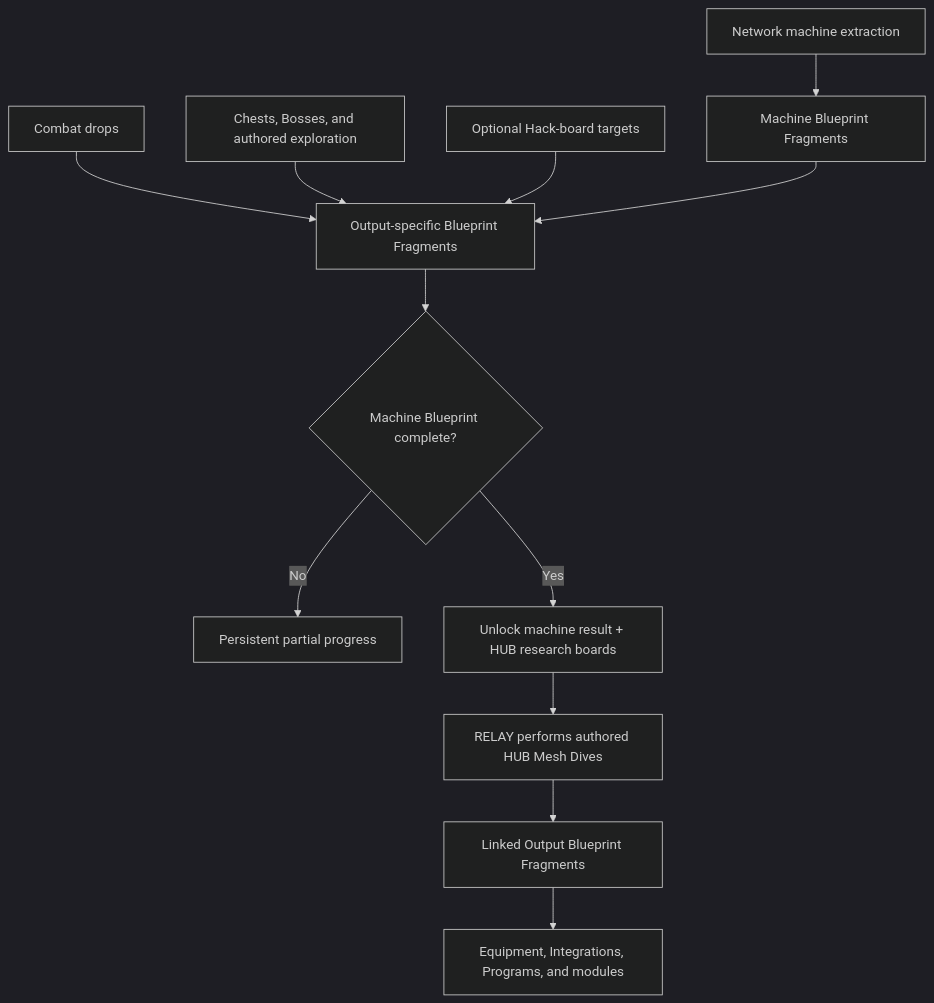
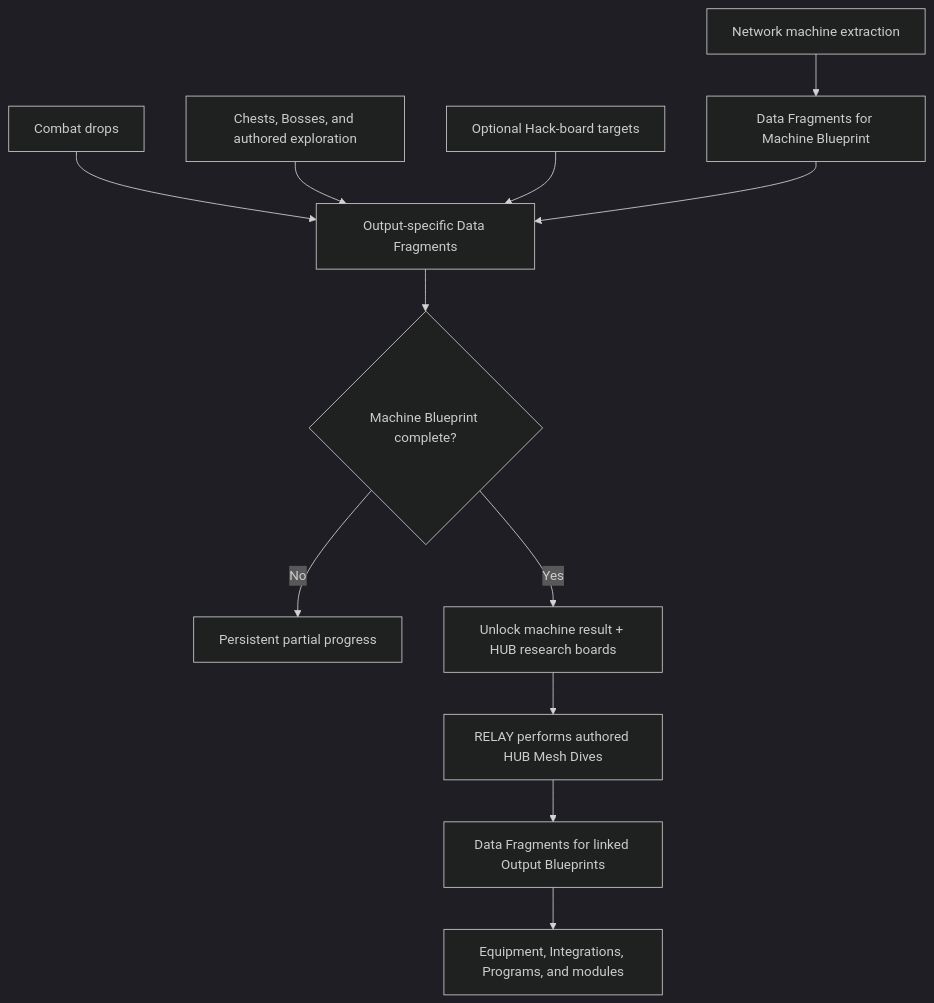
Before and after one commit to justgook/imprint-zero: the diagram in gameplay/blueprints.md, drawn with Mermaid (dark theme). The commit also changed other lines of this file and 6 other files, not shown here.

Commit message:
📝(loot): rename Blueprint to Data fragments

````diff
--- a/gameplay/blueprints.md
+++ b/gameplay/blueprints.md
@@ -39,15 +39,15 @@
 ```mermaid
 flowchart TD
-    Combat[Combat drops] --> Fragments[Output-specific Blueprint Fragments]
+    Combat[Combat drops] --> Fragments[Output-specific Data Fragments]
     Exploration[Chests, Bosses, and authored exploration] --> Fragments
     Hack[Optional Hack-board targets] --> Fragments
-    Extraction[Network machine extraction] --> MachineFragments[Machine Blueprint Fragments]
+    Extraction[Network machine extraction] --> MachineFragments[Data Fragments for Machine Blueprint]
     MachineFragments --> Fragments
 
     Fragments --> Complete{Machine Blueprint complete?}
     Complete -->|No| Progress[Persistent partial progress]
     Complete -->|Yes| MachineUnlock[Unlock machine result + HUB research boards]
     MachineUnlock --> HubDive[RELAY performs authored HUB Mesh Dives]
-    HubDive --> OutputFragments[Linked Output Blueprint Fragments]
+    HubDive --> OutputFragments[Data Fragments for linked Output Blueprints]
     OutputFragments --> Unlocks[Equipment, Integrations, Programs, and modules]
 ```
````
